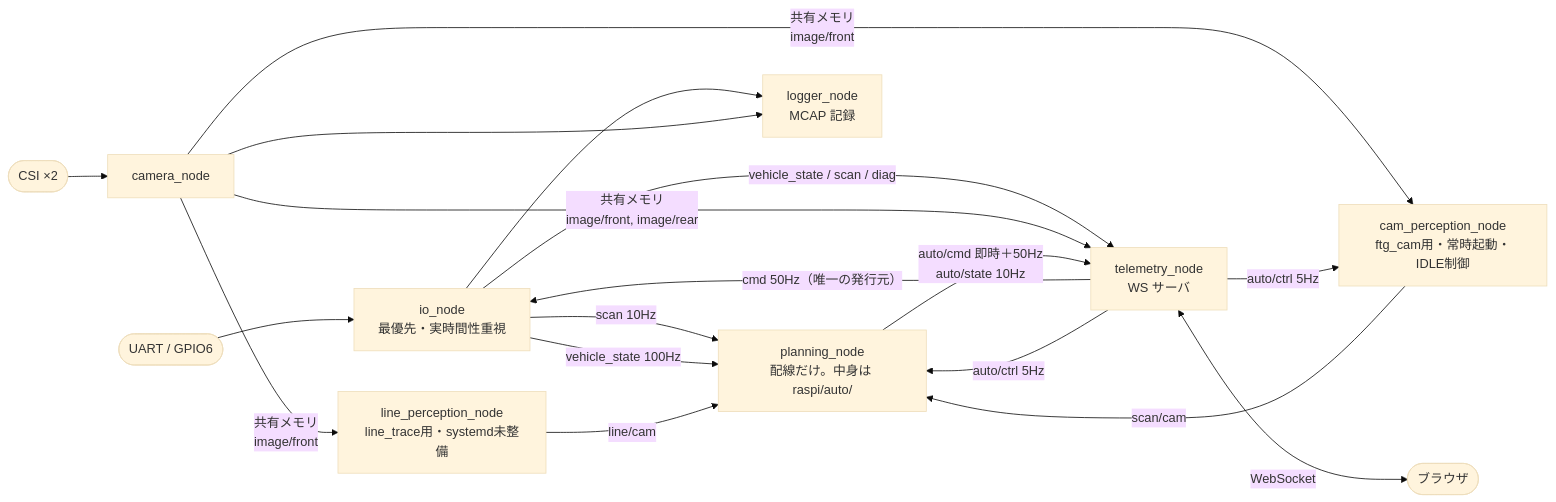
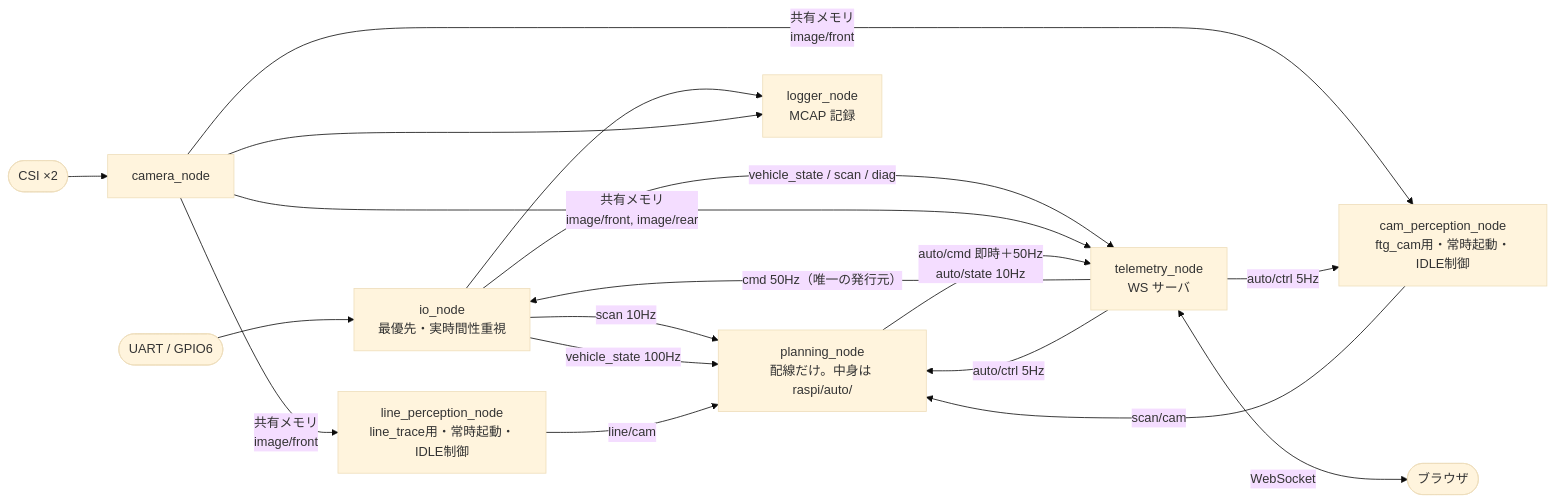
One commit to banbatakumi/AutonomousCar_RasPi changed the third of 4 diagrams in surge_mk2/docs/system_overview.md. Above: the diagram before and after it, drawn with Mermaid (base theme). The commit also changed other lines of this file and 16 other files, not shown here.

````diff
--- a/surge_mk2/docs/system_overview.md
+++ b/surge_mk2/docs/system_overview.md
@@ -279,29 +278,29 @@
 ```mermaid
 flowchart LR
     UART(["UART / GPIO6"]) --> IO
     CSI(["CSI ×2"]) --> CAM
 
     IO["io_node<br/>最優先・実時間性重視"]
     CAM["camera_node"]
     CAMPERC["cam_perception_node<br/>ftg_cam用・常時起動・IDLE制御"]
-    LINEPERC["line_perception_node<br/>line_trace用・systemd未整備"]
+    LINEPERC["line_perception_node<br/>line_trace用・常時起動・IDLE制御"]
     PLAN["planning_node<br/>配線だけ。中身は raspi/auto/"]
     TELE["telemetry_node<br/>WS サーバ"]
     LOG["logger_node<br/>MCAP 記録"]
 
     IO -->|"scan 10Hz"| PLAN
     IO -->|"vehicle_state 100Hz"| PLAN
     IO -->|"vehicle_state / scan / diag"| TELE
     IO --> LOG
     CAM -->|"共有メモリ<br/>image/front, image/rear"| TELE
     CAM -->|"共有メモリ<br/>image/front"| CAMPERC
     CAM -->|"共有メモリ<br/>image/front"| LINEPERC
     CAM --> LOG
     CAMPERC -->|"scan/cam"| PLAN
     LINEPERC -->|"line/cam"| PLAN
     PLAN -->|"auto/cmd 即時＋50Hz<br/>auto/state 10Hz"| TELE
     TELE -->|"cmd 50Hz（唯一の発行元）"| IO
     TELE -->|"auto/ctrl 5Hz"| PLAN
     TELE -->|"auto/ctrl 5Hz"| CAMPERC
     TELE <-->|"WebSocket"| BROWSER(["ブラウザ"])
 ```
````
